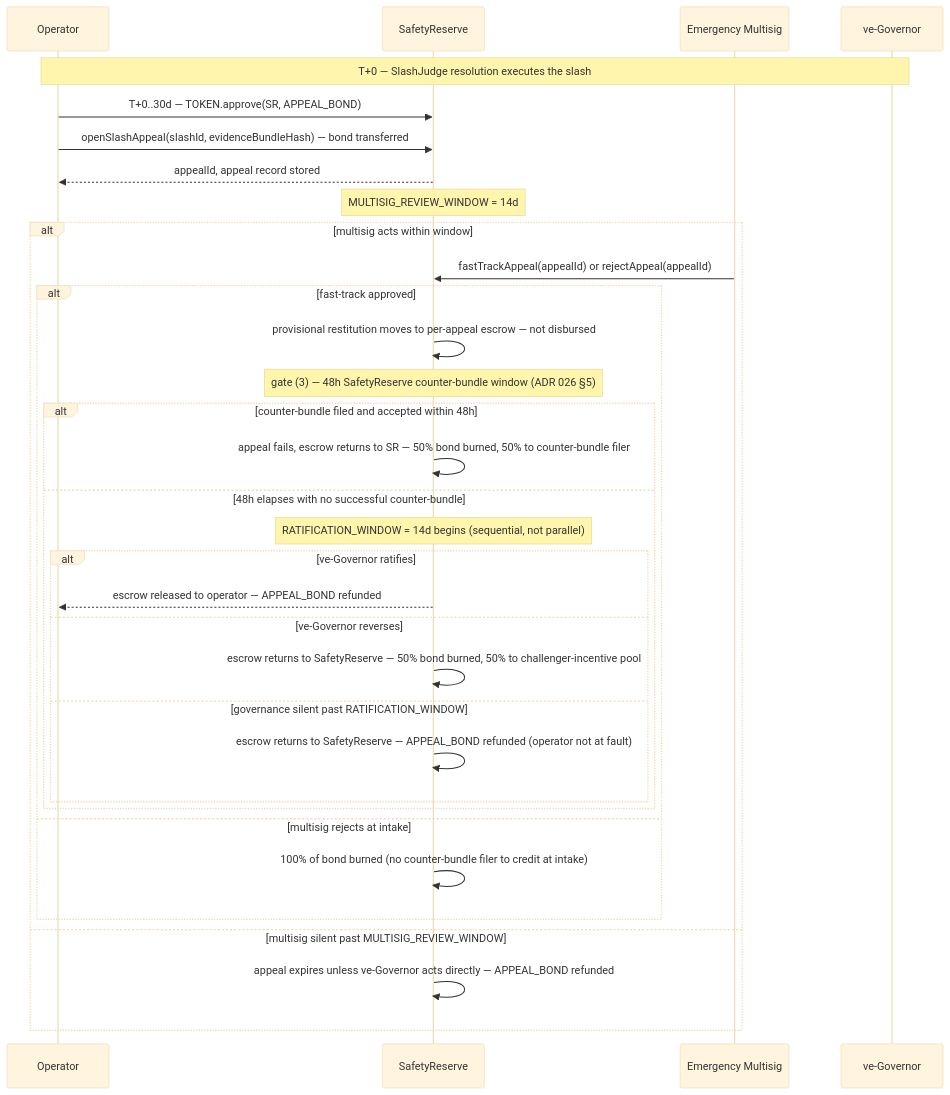
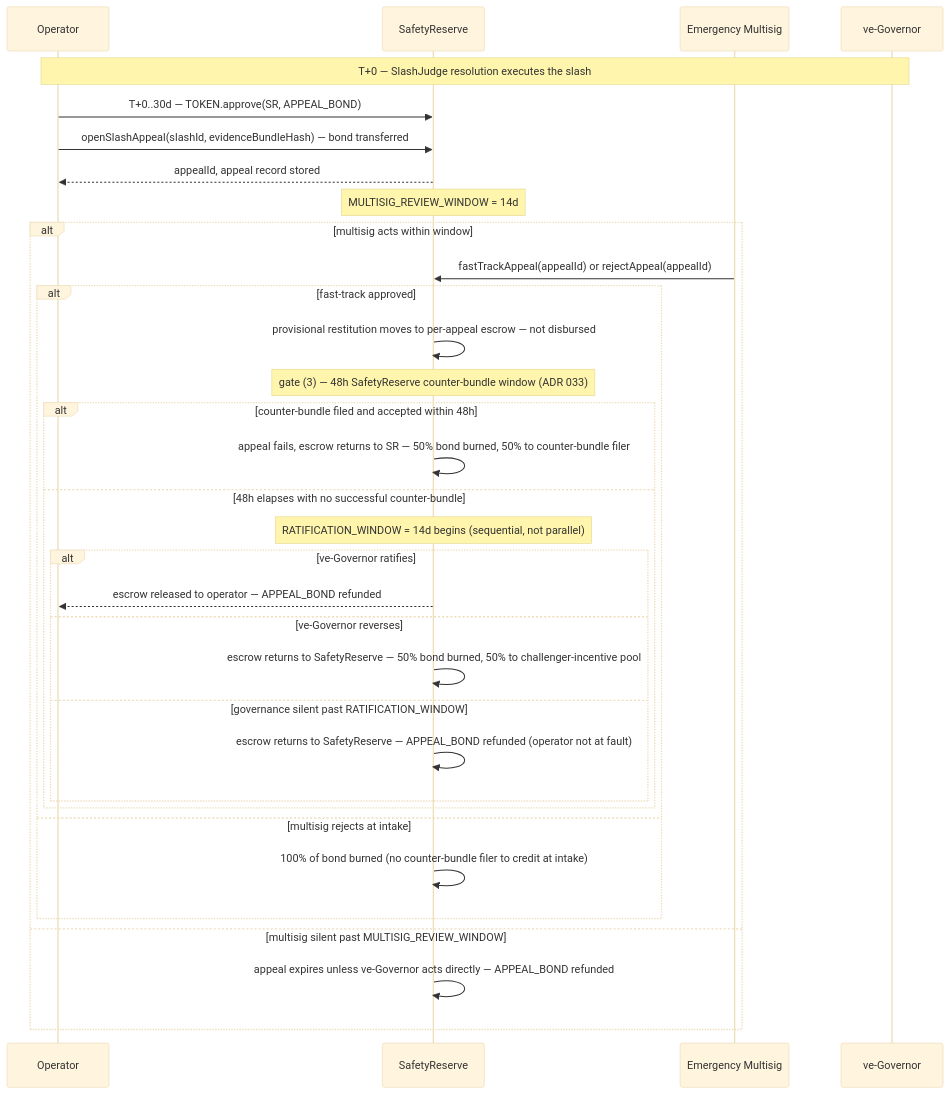
One commit to decdn/decdn changed the diagram in adr/028-slashing-appeals.md. Above: the diagram before and after it, drawn with Mermaid (base theme). The commit also changed other lines of this file and 6 other files, not shown here.

First line of the commit message:
docs(adr): split SafetyReserve out of ADR 026 into ADR 033 (#590 part 1)

````diff
--- a/adr/028-slashing-appeals.md
+++ b/adr/028-slashing-appeals.md
@@ -25,35 +25,35 @@
 ```mermaid
 sequenceDiagram
     participant Op as Operator
     participant SR as SafetyReserve
     participant EM as Emergency Multisig
     participant Gov as ve-Governor
     Note over Op,Gov: T+0 — SlashJudge resolution executes the slash
     Op->>SR: T+0..30d — TOKEN.approve(SR, APPEAL_BOND)
     Op->>SR: openSlashAppeal(slashId, evidenceBundleHash) — bond transferred
     SR-->>Op: appealId, appeal record stored
     Note over SR: MULTISIG_REVIEW_WINDOW = 14d
     alt multisig acts within window
         EM->>SR: fastTrackAppeal(appealId) or rejectAppeal(appealId)
         alt fast-track approved
             SR->>SR: provisional restitution moves to per-appeal escrow — not disbursed
-            Note over SR: gate (3) — 48h SafetyReserve counter-bundle window (ADR 026 §5)
+            Note over SR: gate (3) — 48h SafetyReserve counter-bundle window (ADR 033)
             alt counter-bundle filed and accepted within 48h
                 SR->>SR: appeal fails, escrow returns to SR — 50% bond burned, 50% to counter-bundle filer
             else 48h elapses with no successful counter-bundle
                 Note over SR: RATIFICATION_WINDOW = 14d begins (sequential, not parallel)
                 alt ve-Governor ratifies
                     SR-->>Op: escrow released to operator — APPEAL_BOND refunded
                 else ve-Governor reverses
                     SR->>SR: escrow returns to SafetyReserve — 50% bond burned, 50% to challenger-incentive pool
                 else governance silent past RATIFICATION_WINDOW
                     SR->>SR: escrow returns to SafetyReserve — APPEAL_BOND refunded (operator not at fault)
                 end
             end
         else multisig rejects at intake
             SR->>SR: 100% of bond burned (no counter-bundle filer to credit at intake)
         end
     else multisig silent past MULTISIG_REVIEW_WINDOW
         SR->>SR: appeal expires unless ve-Governor acts directly — APPEAL_BOND refunded
     end
 ```
````
